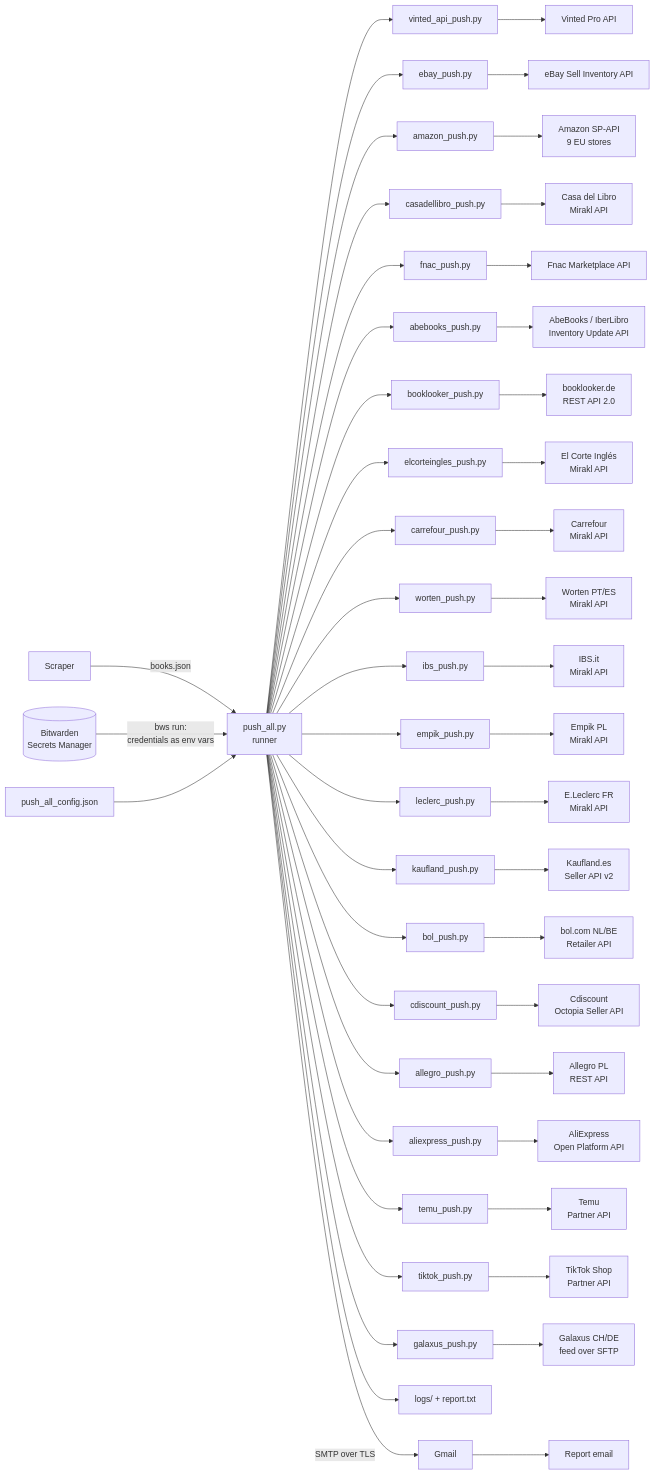
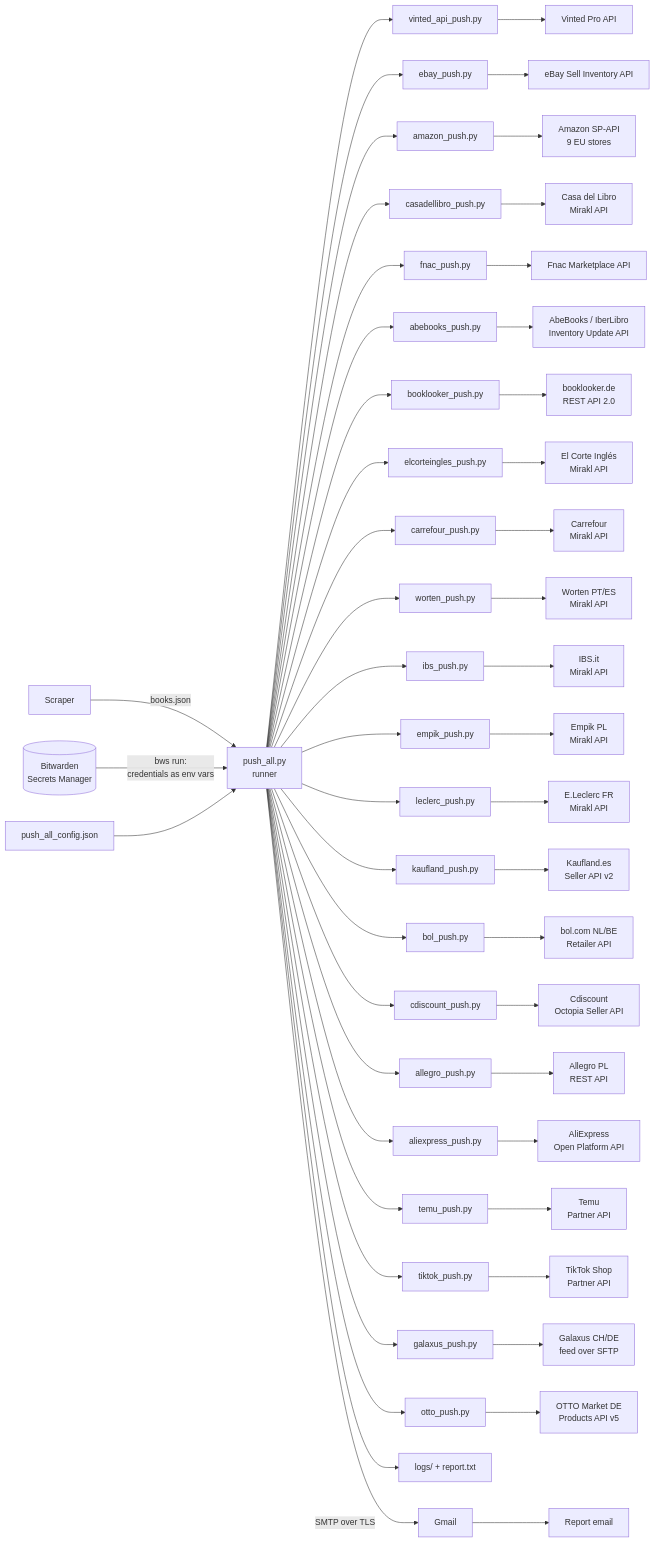
Before and after one commit to DavisGalla/products-api-push: the diagram in docs/architecture.md, drawn with Mermaid. The commit also changed other lines of this file and 13 other files, not shown here.

Commit message:
Add OTTO Market pusher (Products API v5 + Availability v1, update tasks, brand matching, GPSR); include it in push_all, docs, architecture and capabilities PDFs

````diff
--- a/docs/architecture.md
+++ b/docs/architecture.md
@@ -29,29 +29,30 @@
 ```mermaid
 flowchart LR
     S[Scraper] -->|books.json| R
     BW[(Bitwarden<br>Secrets Manager)] -->|bws run:<br>credentials as env vars| R
     C[push_all_config.json] --> R
     R[push_all.py<br>runner] --> V[vinted_api_push.py] --> VA[Vinted Pro API]
     R --> E[ebay_push.py] --> EA[eBay Sell Inventory API]
     R --> A[amazon_push.py] --> AA[Amazon SP-API<br>9 EU stores]
     R --> CL[casadellibro_push.py] --> CLA[Casa del Libro<br>Mirakl API]
     R --> F[fnac_push.py] --> FA[Fnac Marketplace API]
     R --> AB[abebooks_push.py] --> ABA[AbeBooks / IberLibro<br>Inventory Update API]
     R --> BL[booklooker_push.py] --> BLA[booklooker.de<br>REST API 2.0]
     R --> EC[elcorteingles_push.py] --> ECA[El Corte Inglés<br>Mirakl API]
     R --> CF[carrefour_push.py] --> CFA[Carrefour<br>Mirakl API]
     R --> W[worten_push.py] --> WA[Worten PT/ES<br>Mirakl API]
     R --> IB[ibs_push.py] --> IBA[IBS.it<br>Mirakl API]
     R --> EM[empik_push.py] --> EMA[Empik PL<br>Mirakl API]
     R --> LE[leclerc_push.py] --> LEA[E.Leclerc FR<br>Mirakl API]
     R --> K[kaufland_push.py] --> KA[Kaufland.es<br>Seller API v2]
     R --> BO[bol_push.py] --> BOA[bol.com NL/BE<br>Retailer API]
     R --> CD[cdiscount_push.py] --> CDA[Cdiscount<br>Octopia Seller API]
     R --> AL[allegro_push.py] --> ALA[Allegro PL<br>REST API]
     R --> AE[aliexpress_push.py] --> AEA[AliExpress<br>Open Platform API]
     R --> TM[temu_push.py] --> TMA[Temu<br>Partner API]
     R --> TT[tiktok_push.py] --> TTA[TikTok Shop<br>Partner API]
     R --> GX[galaxus_push.py] --> GXA[Galaxus CH/DE<br>feed over SFTP]
+    R --> OT[otto_push.py] --> OTA[OTTO Market DE<br>Products API v5]
     R --> L[logs/ + report.txt]
     R -->|SMTP over TLS| G[Gmail] --> M[Report email]
 ```
````
